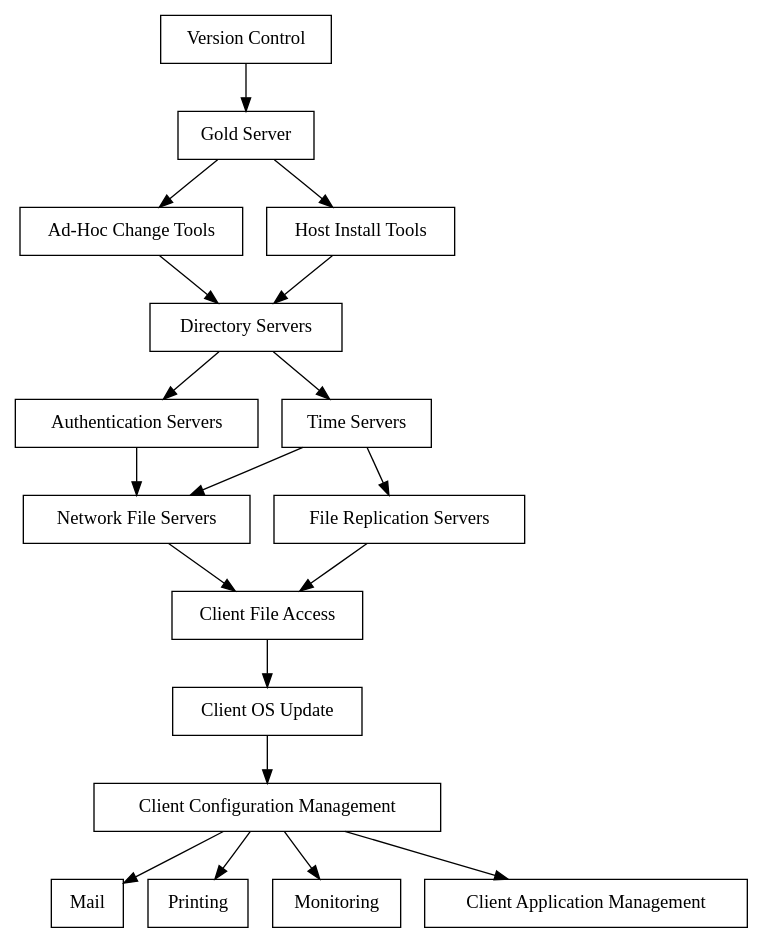
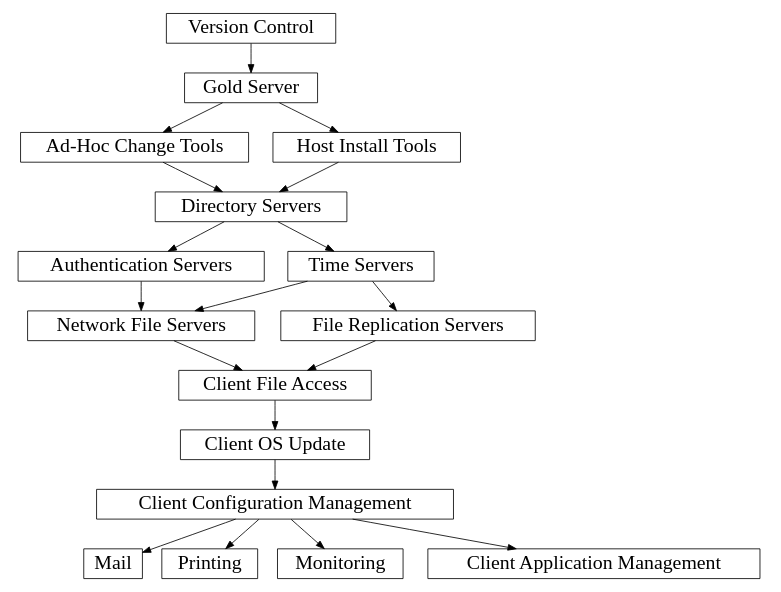
The diagram in pic/secenv.gv (omussell/homelab), drawn with Graphviz before and after one commit. The commit also changed 1 other file, not shown here.

```diff
--- a/pic/secenv.gv
+++ b/pic/secenv.gv
@@ -1,64 +1,66 @@
 digraph SecureInfrastructure {
+	size="8,6"; ratio=fill; node[fontsize=24];
+	
 	VC [shape=box,label="Version Control"];
 	GS [shape=box,label="Gold Server"];
 	AHCT [shape=box,label="Ad-Hoc Change Tools"];
 	HIT [shape=box,label="Host Install Tools"];
 	DIR [shape=box,label="Directory Servers"];
 	AUTH [shape=box,label="Authentication Servers"];
 	TIME [shape=box,label="Time Servers"];
 	NFS [shape=box,label="Network File Servers"];
 	FRS [shape=box,label="File Replication Servers"];
 	CFA [shape=box,label="Client File Access"];
 	COSU [shape=box,label="Client OS Update"];
 	CCM [shape=box,label="Client Configuration Management"];
 	MAIL [shape=box,label="Mail"];
 	PRNT [shape=box,label="Printing"];
 	MONT [shape=box,label="Monitoring"];
 	CAM [ shape=box,label="Client Application Management"]; 
 
 	VC -> GS;
 	GS -> AHCT;
 	GS -> HIT;
 	AHCT -> DIR;
 	HIT -> DIR;
 	DIR -> AUTH;
 	DIR -> TIME;
 	AUTH -> NFS;
 	TIME -> NFS;
 	TIME -> FRS;
 	NFS -> CFA;
 	FRS -> CFA;
 	CFA -> COSU;
 	COSU -> CCM;
 	CCM -> MAIL;
 	CCM -> PRNT;
 	CCM -> MONT;
 	CCM -> CAM;
 
 	subgraph "controlmachine" { label="Control Machine"; 
 				VC;
 				}
 	
-	subgraph "masterslave" { label="Master/Slave Servers"; 
+	subgraph "masterslave" { label="Master Slave Servers"; 
 				AHCT;
 				HIT;
 				DIR;
 				AUTH;
 				TIME;
 				}
 	
 	subgraph "filerepl" { label="File Replication Servers";
 				NFS;
 				FRS;
 				}
 
 	subgraph "clients" { label="Clients";
 				CFA;
 				COSU;
 				CCM;
 				MAIL;
 				PRNT;
 				MONT;
 				CAM;
 				}
 }
```
